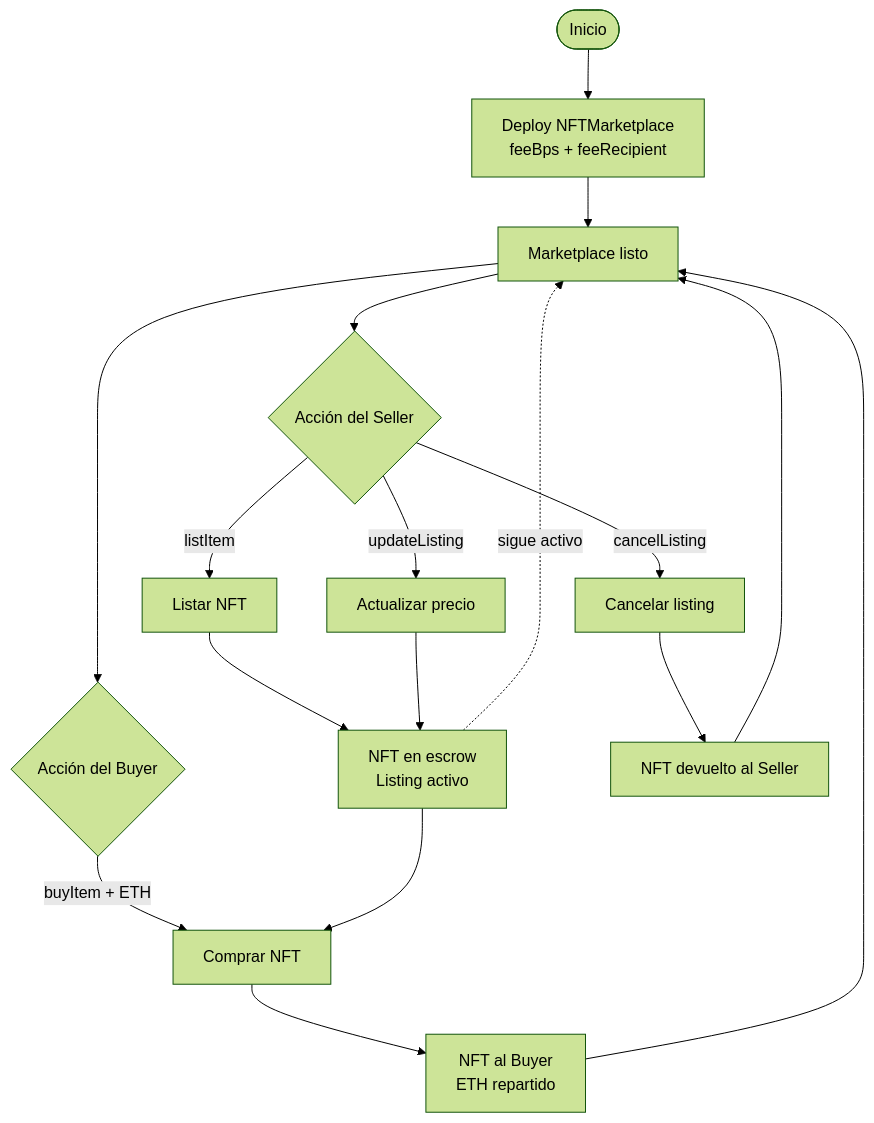
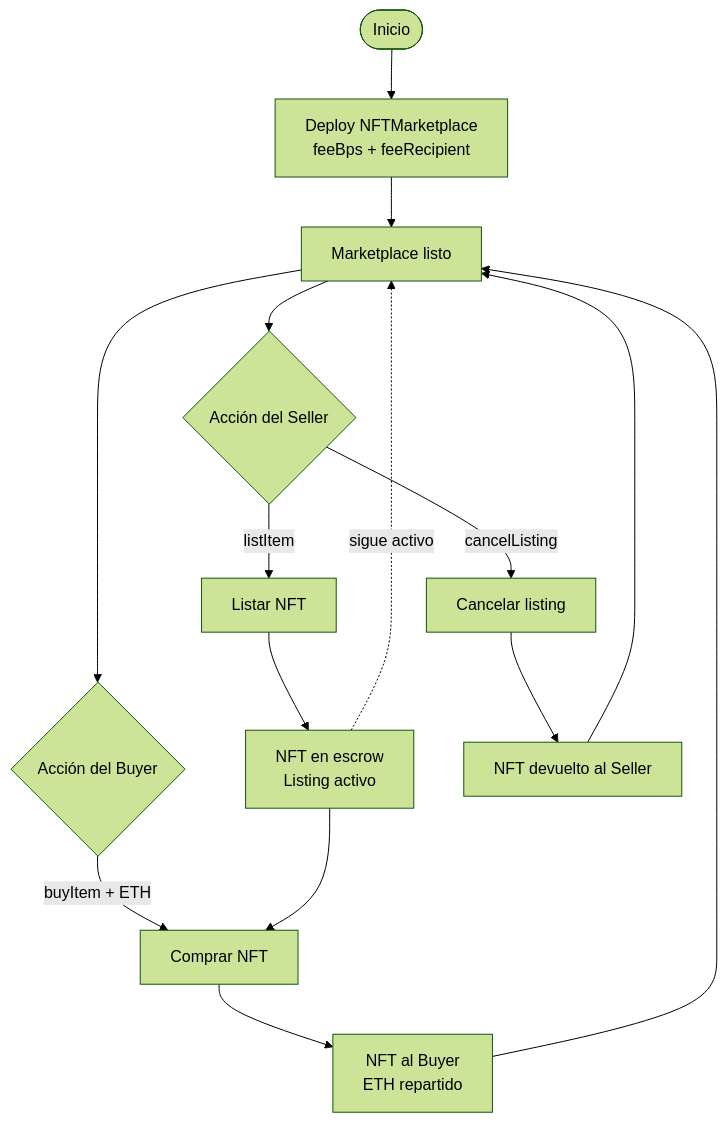
The first of 5 diagrams in doc/diagrama-flujo.md (rastrahm/nft-marketplace), drawn with Mermaid (forest theme) before and after one commit. The commit also changed other lines of this file and 8 other files, not shown here.

````diff
--- a/doc/diagrama-flujo.md
+++ b/doc/diagrama-flujo.md
@@ -7,24 +7,22 @@
 ```mermaid
 flowchart TD
     Start([Inicio]) --> Deploy[Deploy NFTMarketplace<br/>feeBps + feeRecipient]
     Deploy --> Idle[Marketplace listo]
 
     Idle --> SellerAction{Acción del Seller}
     SellerAction -->|listItem| List[Listar NFT]
     SellerAction -->|cancelListing| Cancel[Cancelar listing]
-    SellerAction -->|updateListing| Update[Actualizar precio]
 
     Idle --> BuyerAction{Acción del Buyer}
     BuyerAction -->|buyItem + ETH| Buy[Comprar NFT]
 
     List --> Listed[NFT en escrow<br/>Listing activo]
-    Update --> Listed
     Cancel --> Returned[NFT devuelto al Seller]
     Returned --> Idle
 
     Listed --> Buy
     Buy --> Sold[NFT al Buyer<br/>ETH repartido]
     Sold --> Idle
 
     Listed -.->|sigue activo| Idle
 ```
````
